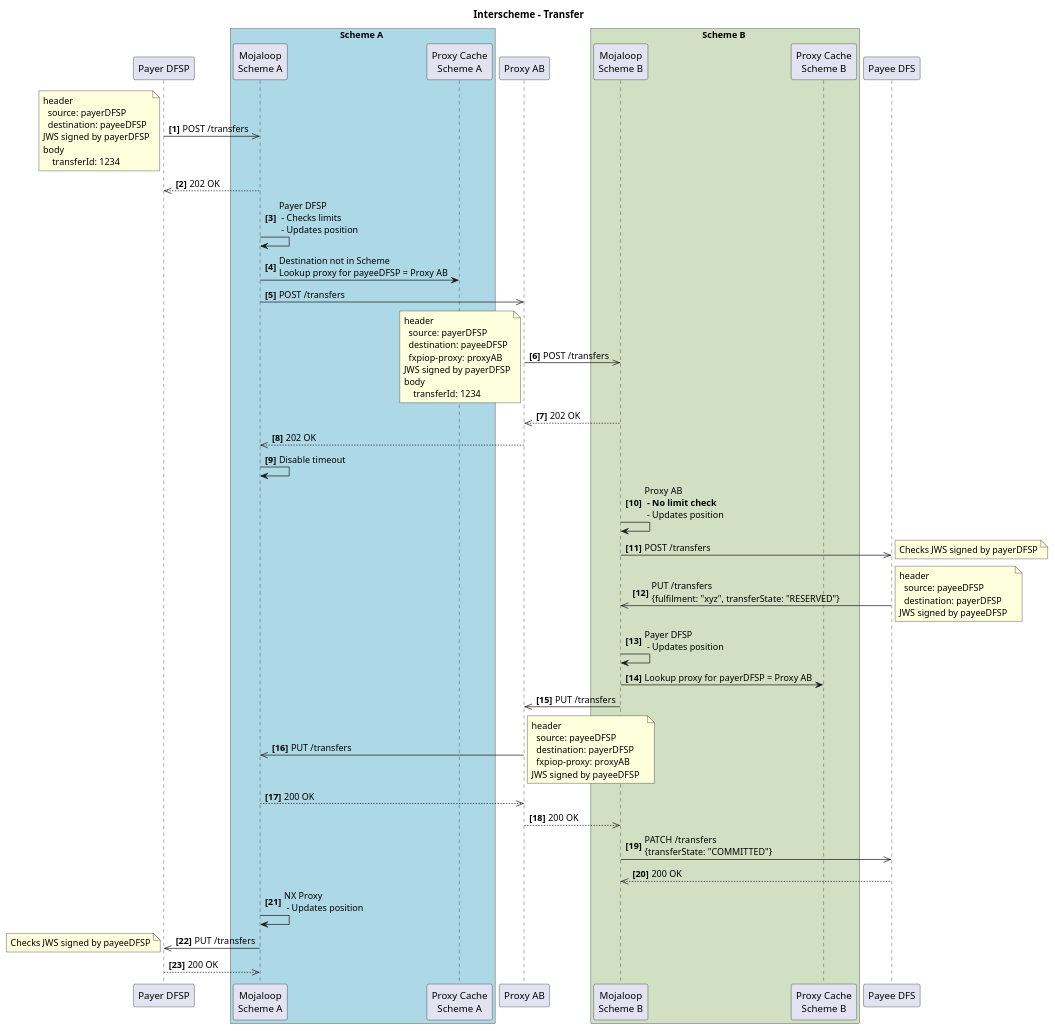
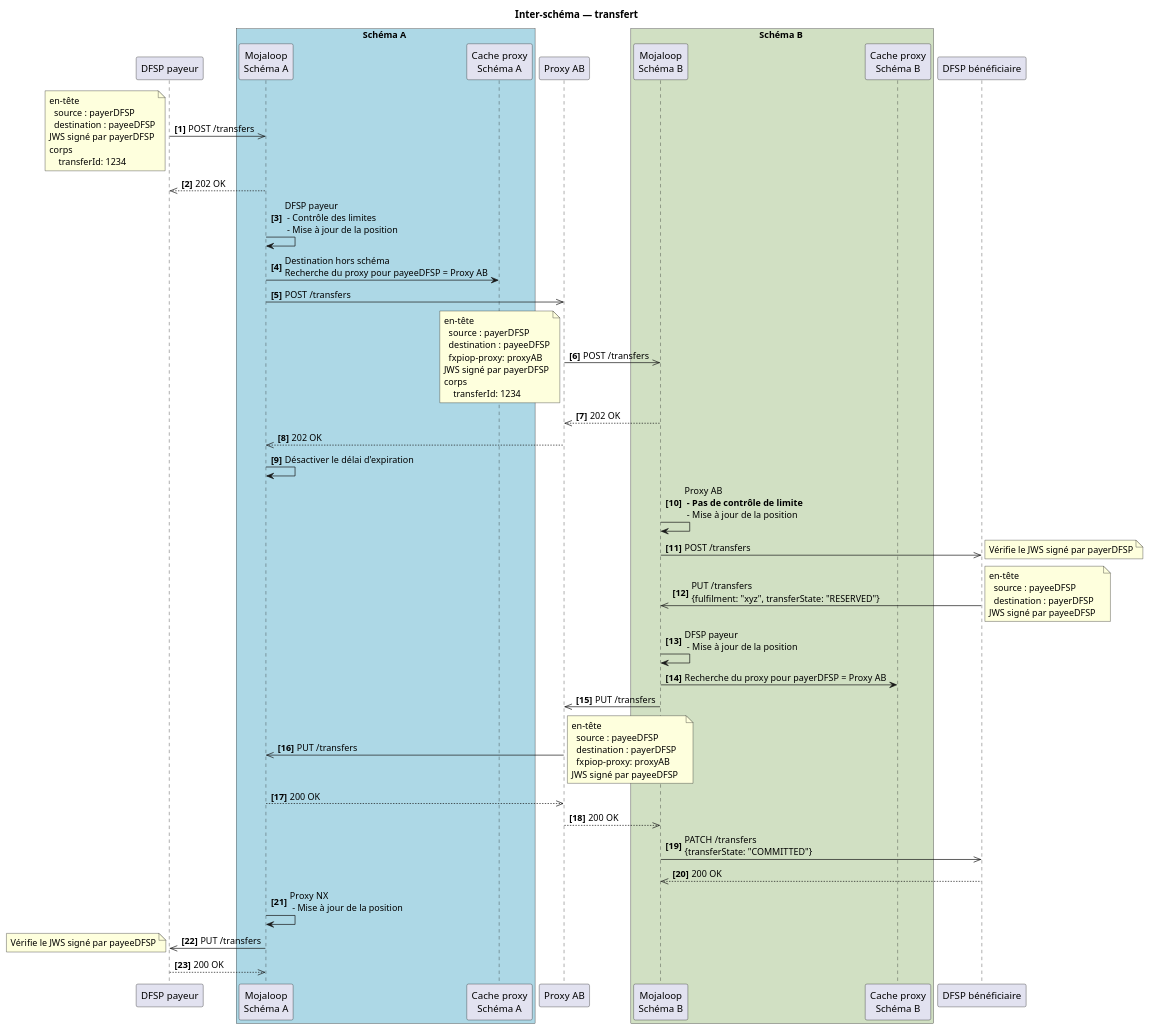
One commit to mojaloop/documentation changed the diagram in docs/fr/product/features/Interscheme/Interscheme-Transfer.plantuml. Above: the diagram before and after it, drawn with PlantUML. The commit also changed 55 other files, not shown here.

Commit message:
feat: update French translations for Currency Conversion documentation and diagrams

```diff
--- a/docs/fr/product/features/Interscheme/Interscheme-Transfer.plantuml
+++ b/docs/fr/product/features/Interscheme/Interscheme-Transfer.plantuml
@@ -1,80 +1,80 @@
 @startuml Interscheme-Transfer
 
-title Interscheme - Transfer
+title Inter-schéma — transfert
 
-participant "Payer DFSP" as payerDFSP
-box Scheme A #LightBlue
-  participant "Mojaloop\nScheme A" as schemeA
-  participant "Proxy Cache\nScheme A" as pc_A
+participant "DFSP payeur" as payerDFSP
+box Schéma A #LightBlue
+  participant "Mojaloop\nSchéma A" as schemeA
+  participant "Cache proxy\nSchéma A" as pc_A
 end box
 participant "Proxy AB" as xnp
-box Scheme B #d1e0c3
-  participant "Mojaloop\nScheme B" as schemeB
-  participant "Proxy Cache\nScheme B" as pc_B
+box Schéma B #d1e0c3
+  participant "Mojaloop\nSchéma B" as schemeB
+  participant "Cache proxy\nSchéma B" as pc_B
 end box
-participant "Payee DFS" as payeeDFSP
+participant "DFSP bénéficiaire" as payeeDFSP
 
 autonumber 1 "<b>[0]"
 
 payerDFSP ->> schemeA: POST /transfers
 note left
-header 
-  source: payerDFSP
-  destination: payeeDFSP
-JWS signed by payerDFSP
-body 
+en-tête
+  source : payerDFSP
+  destination : payeeDFSP
+JWS signé par payerDFSP
+corps 
     transferId: 1234
 end note
 schemeA -->> payerDFSP: 202 OK
-schemeA -> schemeA: Payer DFSP\n - Checks limits\n - Updates position
-schemeA -> pc_A: Destination not in Scheme\nLookup proxy for payeeDFSP = Proxy AB
+schemeA -> schemeA: DFSP payeur\n - Contrôle des limites\n - Mise à jour de la position
+schemeA -> pc_A: Destination hors schéma\nRecherche du proxy pour payeeDFSP = Proxy AB
 schemeA ->> xnp: POST /transfers
 xnp ->> schemeB: POST /transfers
 note left
-header 
-  source: payerDFSP
-  destination: payeeDFSP
+en-tête
+  source : payerDFSP
+  destination : payeeDFSP
   fxpiop-proxy: proxyAB
-JWS signed by payerDFSP
-body 
+JWS signé par payerDFSP
+corps 
     transferId: 1234
 end note
 schemeB -->> xnp: 202 OK
 xnp -->> schemeA: 202 OK
-schemeA -> schemeA: Disable timeout
+schemeA -> schemeA: Désactiver le délai d'expiration
 
-schemeB -> schemeB: Proxy AB\n **- No limit check**\n - Updates position
+schemeB -> schemeB: Proxy AB\n **- Pas de contrôle de limite**\n - Mise à jour de la position
 schemeB->>payeeDFSP: POST /transfers
 note right
-Checks JWS signed by payerDFSP
+Vérifie le JWS signé par payerDFSP
 end note
 payeeDFSP->>schemeB: PUT /transfers \n{fulfilment: "xyz", transferState: "RESERVED"}
 note right
-header 
-  source: payeeDFSP
-  destination: payerDFSP
-JWS signed by payeeDFSP  
+en-tête
+  source : payeeDFSP
+  destination : payerDFSP
+JWS signé par payeeDFSP  
 end note
-schemeB -> schemeB: Payer DFSP\n - Updates position
-schemeB -> pc_B: Lookup proxy for payerDFSP = Proxy AB
+schemeB -> schemeB: DFSP payeur\n - Mise à jour de la position
+schemeB -> pc_B: Recherche du proxy pour payerDFSP = Proxy AB
 schemeB->>xnp: PUT /transfers
 xnp->>schemeA: PUT /transfers
 note right
-header 
-  source: payeeDFSP
-  destination: payerDFSP
+en-tête
+  source : payeeDFSP
+  destination : payerDFSP
   fxpiop-proxy: proxyAB
-JWS signed by payeeDFSP  
+JWS signé par payeeDFSP  
 end note
 schemeA-->>xnp: 200 OK
 xnp-->>schemeB: 200 OK
 schemeB->>payeeDFSP: PATCH /transfers \n{transferState: "COMMITTED"}
 payeeDFSP-->>schemeB: 200 OK
-schemeA -> schemeA: NX Proxy\n - Updates position
+schemeA -> schemeA: Proxy NX\n - Mise à jour de la position
 schemeA->>payerDFSP: PUT /transfers
 note left
-Checks JWS signed by payeeDFSP
+Vérifie le JWS signé par payeeDFSP
 end note
 payerDFSP -->> schemeA: 200 OK
 
 @enduml
```
